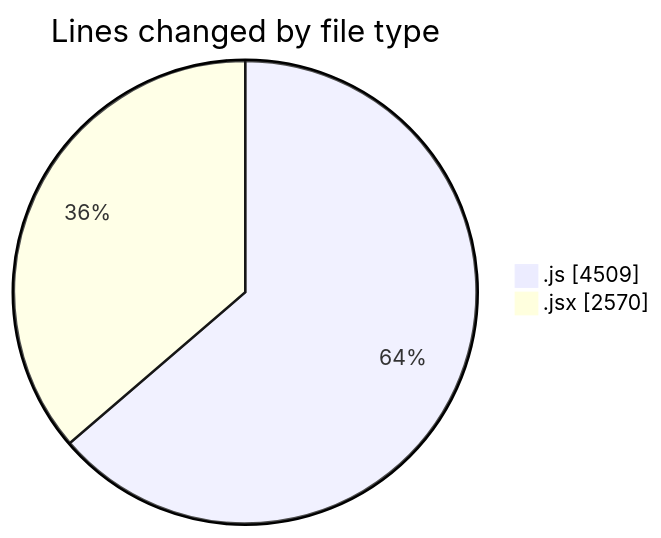
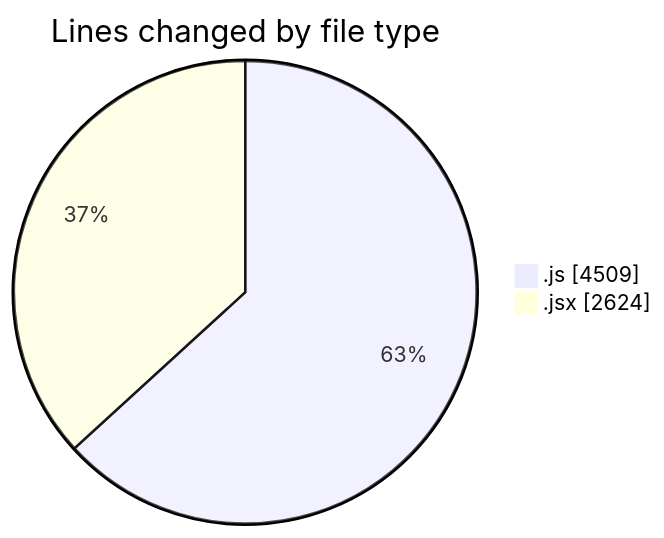
The first of 2 diagrams in 2025-08-13/nxtqube_webapp/README.md (nxtqubesakshisongat/code-tracking), drawn with Mermaid before and after one commit. The commit also changed other lines of this file and 1 other file, not shown here.

````diff
--- a/2025-08-13/nxtqube_webapp/README.md
+++ b/2025-08-13/nxtqube_webapp/README.md
@@ -26,6 +26,6 @@
 ```mermaid
 pie showData
 title Lines changed by file type
 ".js" : 4509
-".jsx" : 2570
+".jsx" : 2624
 ```
````
